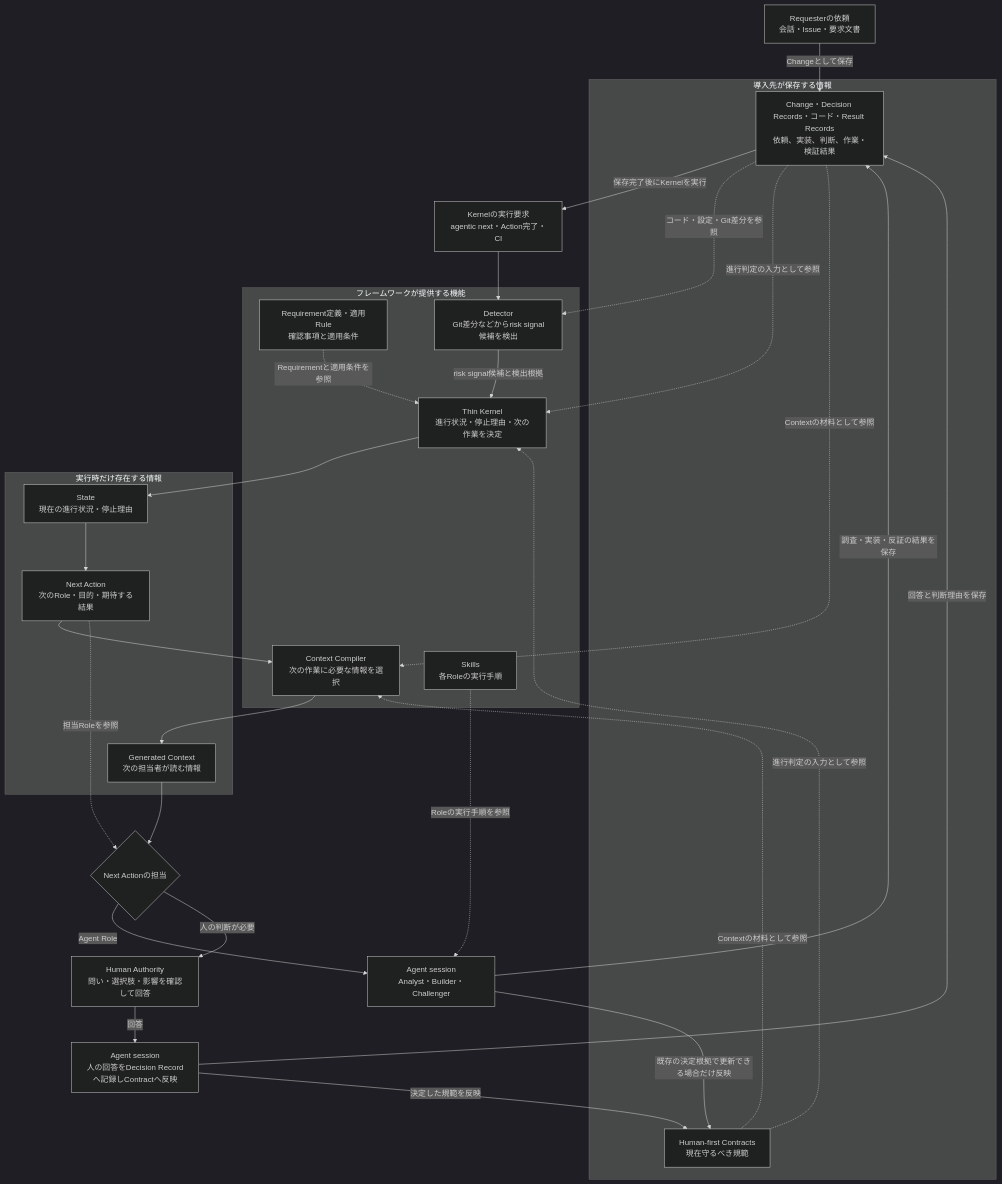
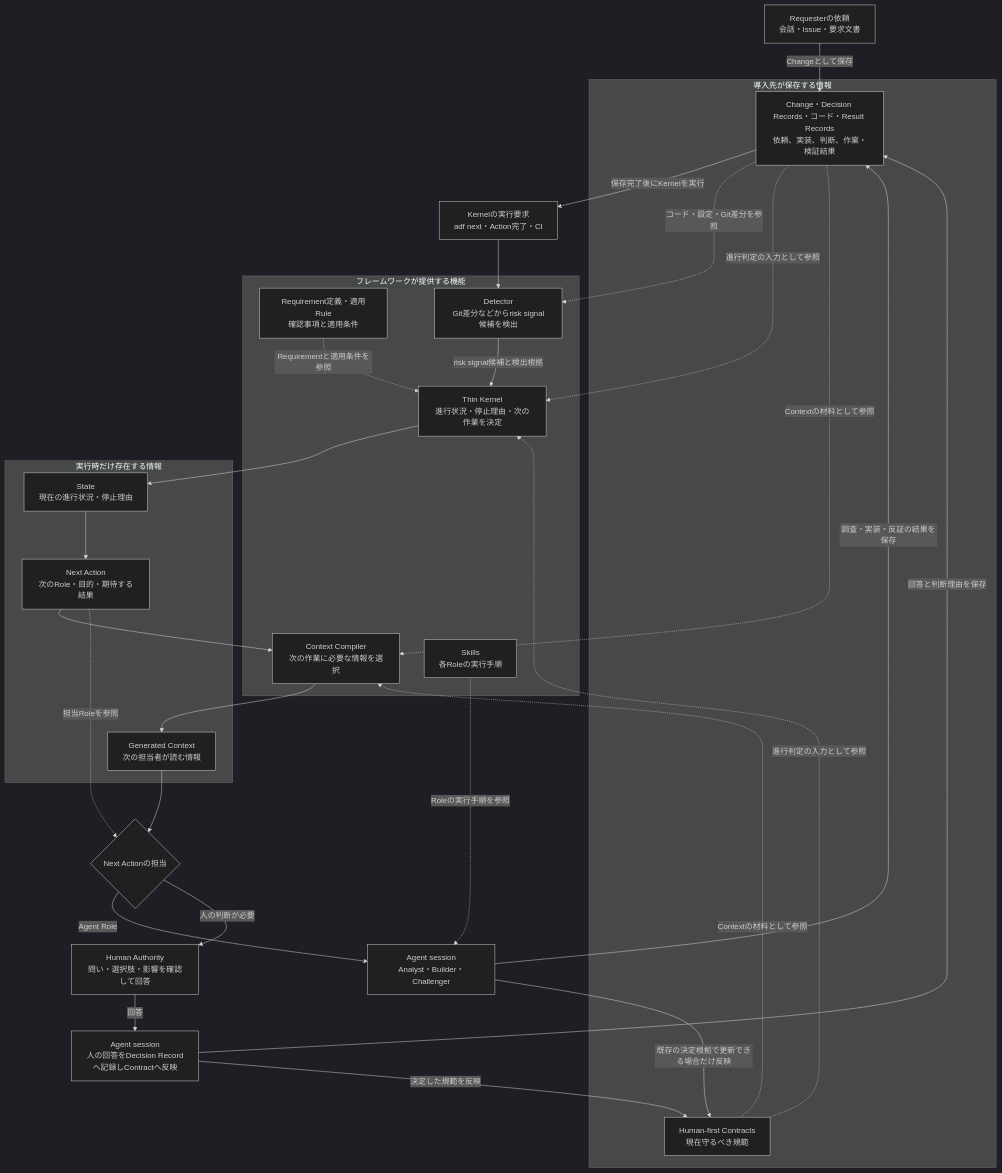
One commit to piaro/agentic-development-framework changed the first of 5 diagrams in docs/FRAMEWORK-REVIEW.md. Above: the diagram before and after it, drawn with Mermaid (dark theme). The commit also changed other lines of this file and 134 other files, not shown here.

````diff
--- a/docs/FRAMEWORK-REVIEW.md
+++ b/docs/FRAMEWORK-REVIEW.md
@@ -137,60 +137,60 @@
 ```mermaid
 flowchart TB
     request["Requesterの依頼<br/>会話・Issue・要求文書"]
-    run["Kernelの実行要求<br/>agentic next・Action完了・CI"]
+    run["Kernelの実行要求<br/>adf next・Action完了・CI"]
 
     subgraph stored["導入先が保存する情報"]
         contracts["Human-first Contracts<br/>現在守るべき規範"]
         records["Change・Decision Records・コード・Result Records<br/>依頼、実装、判断、作業・検証結果"]
     end
 
     subgraph framework["フレームワークが提供する機能"]
         requirement_rules["Requirement定義・適用Rule<br/>確認事項と適用条件"]
         detector["Detector<br/>Git差分などからrisk signal候補を検出"]
         kernel["Thin Kernel<br/>進行状況・停止理由・次の作業を決定"]
         compiler["Context Compiler<br/>次の作業に必要な情報を選択"]
         skills["Skills<br/>各Roleの実行手順"]
     end
 
     subgraph runtime["実行時だけ存在する情報"]
         state["State<br/>現在の進行状況・停止理由"]
         action["Next Action<br/>次のRole・目的・期待する結果"]
         context["Generated Context<br/>次の担当者が読む情報"]
     end
 
     route{"Next Actionの担当"}
     agent["Agent session<br/>Analyst・Builder・Challenger"]
     human["Human Authority<br/>問い・選択肢・影響を確認して回答"]
     recorder["Agent session<br/>人の回答をDecision Recordへ記録しContractへ反映"]
 
     request -->|"Changeとして保存"| records
     records -->|"保存完了後にKernelを実行"| run
     run --> detector
     records -.->|"コード・設定・Git差分を参照"| detector
     detector -->|"risk signal候補と検出根拠"| kernel
 
     contracts -.->|"進行判定の入力として参照"| kernel
     records -.->|"進行判定の入力として参照"| kernel
     requirement_rules -.->|"Requirementと適用条件を参照"| kernel
 
     kernel --> state
     state --> action
     action --> compiler
 
     contracts -.->|"Contextの材料として参照"| compiler
     records -.->|"Contextの材料として参照"| compiler
     compiler --> context
 
     context --> route
     action -.->|"担当Roleを参照"| route
     route -->|"Agent Role"| agent
     route -->|"人の判断が必要"| human
     skills -.->|"Roleの実行手順を参照"| agent
 
     agent -->|"調査・実装・反証の結果を保存"| records
     agent -->|"既存の決定根拠で更新できる場合だけ反映"| contracts
 
     human -->|"回答"| recorder
     recorder -->|"回答と判断理由を保存"| records
     recorder -->|"決定した規範を反映"| contracts
 ```
````
